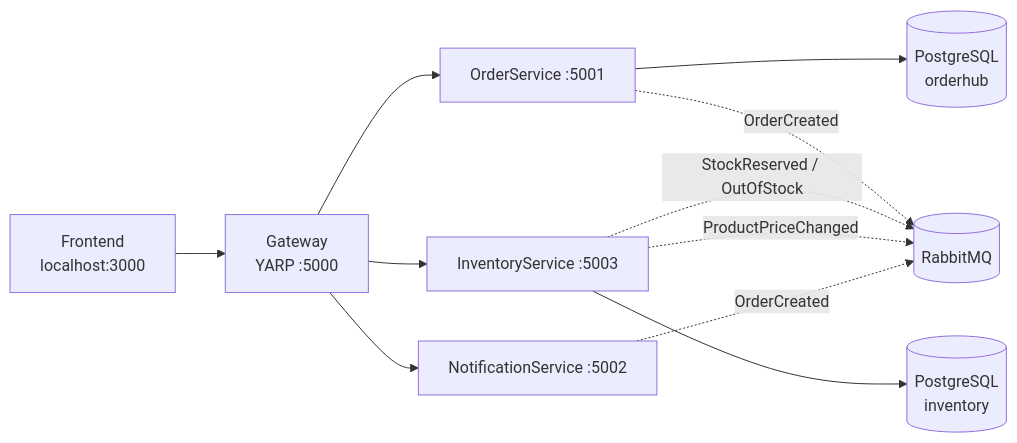
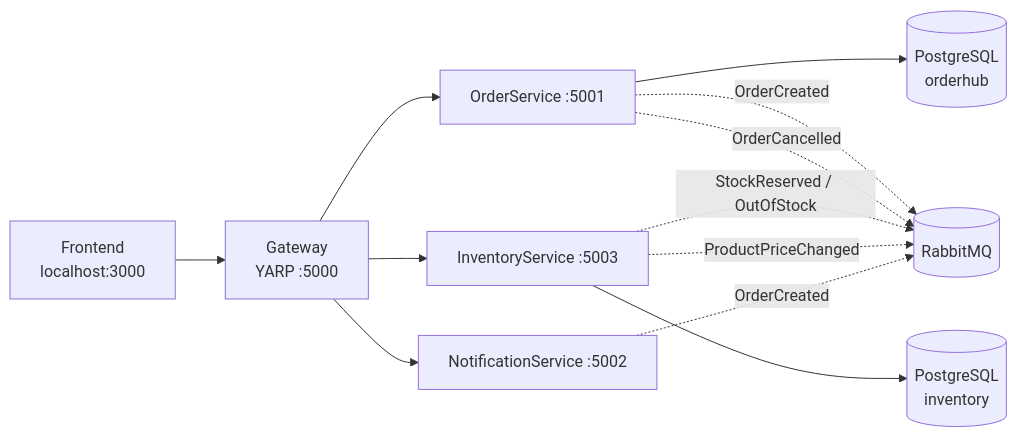
Before and after one commit to LeonardodsMarques/orderhub: the diagram in README.md, drawn with Mermaid. The commit also changed other lines of this file, not shown here.

````diff
--- a/README.md
+++ b/README.md
@@ -16,13 +17,14 @@
 ```mermaid
 graph LR
     A[Frontend<br/>localhost:3000] --> B[Gateway<br/>YARP :5000]
     B --> C[OrderService :5001]
     B --> D[InventoryService :5003]
     B --> E[NotificationService :5002]
     C --> F[(PostgreSQL<br/>orderhub)]
     D --> G[(PostgreSQL<br/>inventory)]
     C -.OrderCreated.-> H[(RabbitMQ)]
+    C -.OrderCancelled.-> H
     D -.StockReserved / OutOfStock.-> H
     D -.ProductPriceChanged.-> H
     E -.OrderCreated.-> H
 ```
````
